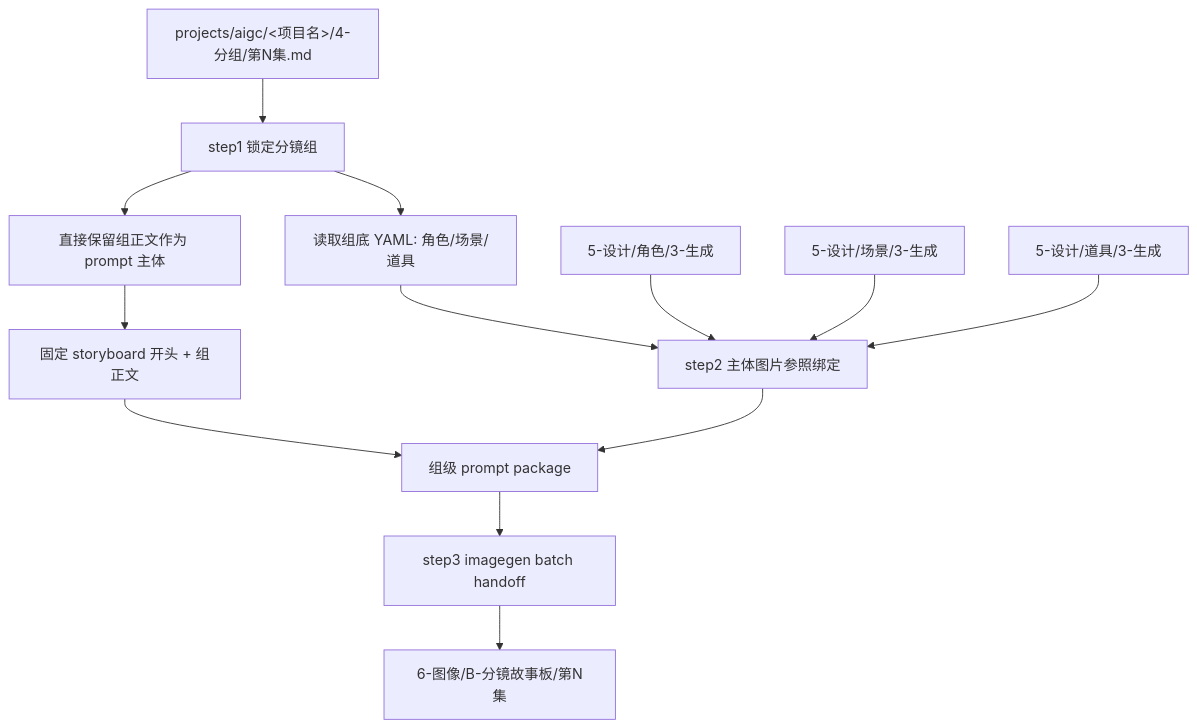
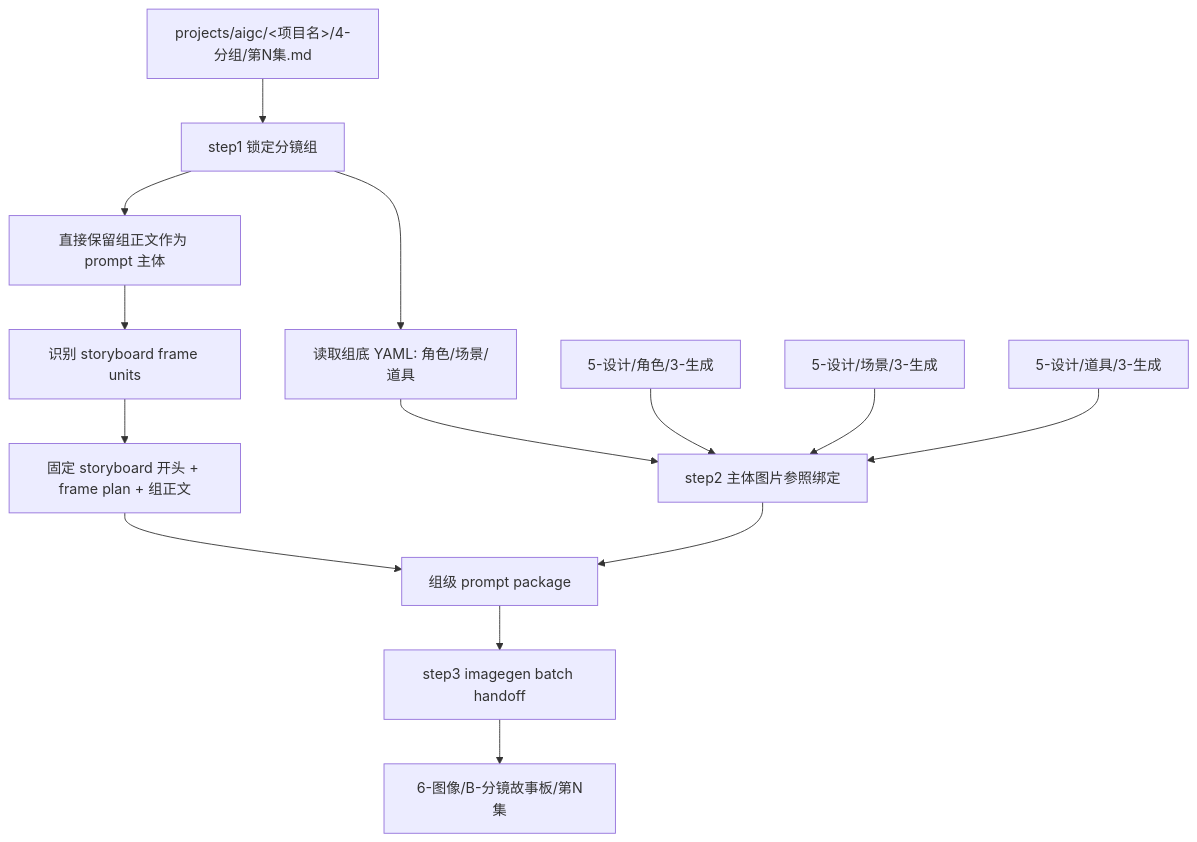
One commit to ZEN-VOID/AI-CUT changed the first of 3 diagrams in .agents/skills/aigc/6-图像/B-分镜故事板/SKILL.md. Above: the diagram before and after it, drawn with Mermaid. The commit also changed other lines of this file and 129 other files, not shown here.

````diff
--- a/.agents/skills/aigc/6-图像/B-分镜故事板/SKILL.md
+++ b/.agents/skills/aigc/6-图像/B-分镜故事板/SKILL.md
@@ -86,15 +89,16 @@
 ```mermaid
 flowchart TD
     A["projects/aigc/<项目名>/4-分组/第N集.md"] --> B["step1 锁定分镜组"]
     B --> C["直接保留组正文作为 prompt 主体"]
+    C --> M["识别 storyboard frame units"]
     B --> D["读取组底 YAML: 角色/场景/道具"]
-    C --> E["固定 storyboard 开头 + 组正文"]
+    M --> E["固定 storyboard 开头 + frame plan + 组正文"]
     D --> F["step2 主体图片参照绑定"]
     G["5-设计/角色/3-生成"] --> F
     H["5-设计/场景/3-生成"] --> F
     I["5-设计/道具/3-生成"] --> F
     E --> J["组级 prompt package"]
     F --> J
     J --> K["step3 imagegen batch handoff"]
     K --> L["6-图像/B-分镜故事板/第N集"]
 ```
````
